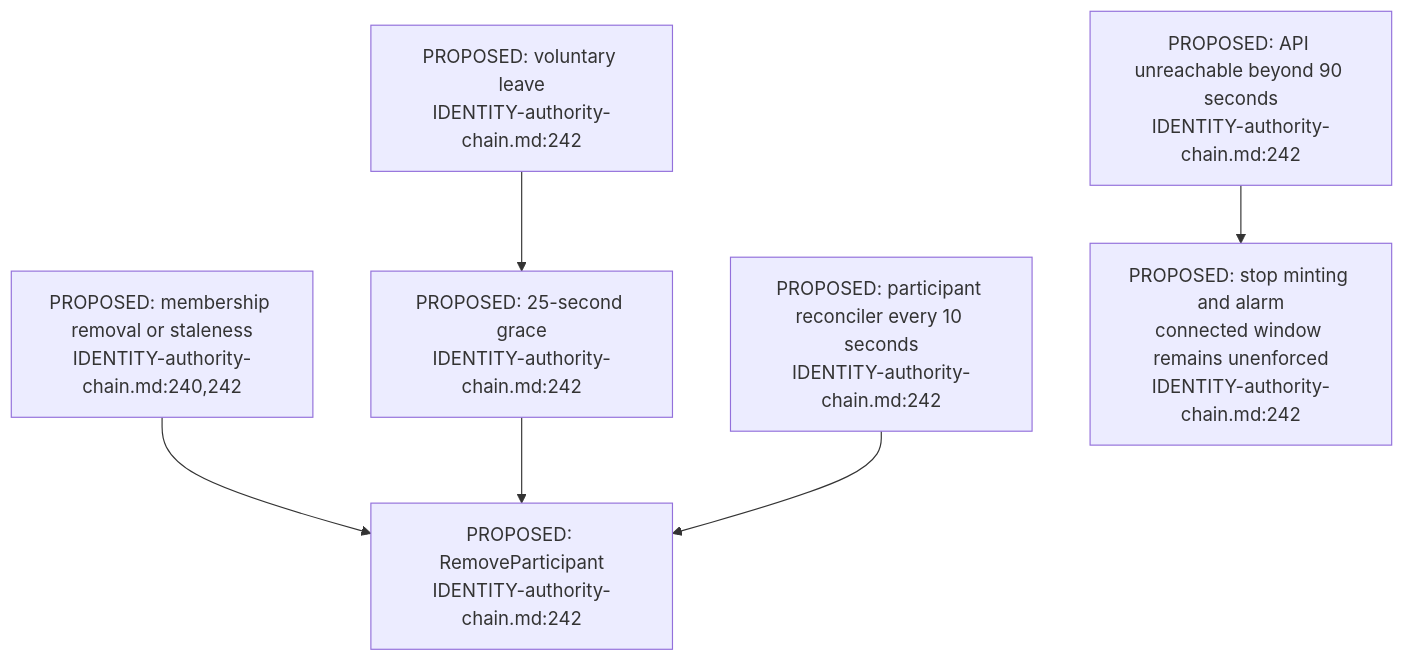
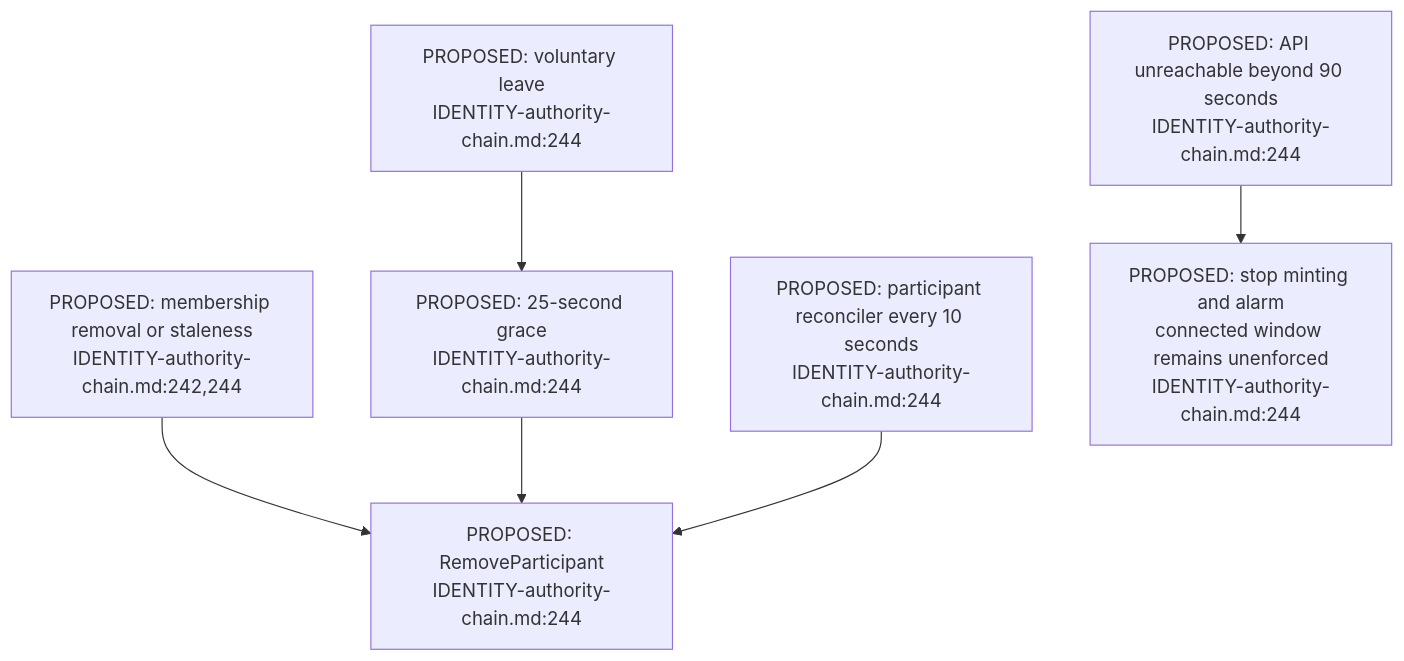
Before and after one commit to DreamLab-AI/VisionFlow: the third of 3 diagrams in docs/diagrams/visionclaw/50-deferred-space-voice.md, drawn with Mermaid. The commit also changed other lines of this file and 46 other files, not shown here.

Commit message:
docs(diagrams): re-verify VisionClaw topics at 809a859aa/a950f4d80 after the consolidation pass

````diff
--- a/docs/diagrams/visionclaw/50-deferred-space-voice.md
+++ b/docs/diagrams/visionclaw/50-deferred-space-voice.md
@@ -53,8 +53,8 @@
 ```mermaid
 flowchart TD
-    VOL["PROPOSED: voluntary leave<br/>IDENTITY-authority-chain.md:242"] --> GRACE["PROPOSED: 25-second grace<br/>IDENTITY-authority-chain.md:242"]
-    KICK["PROPOSED: membership removal or staleness<br/>IDENTITY-authority-chain.md:240,242"] --> REMOVE["PROPOSED: RemoveParticipant<br/>IDENTITY-authority-chain.md:242"]
+    VOL["PROPOSED: voluntary leave<br/>IDENTITY-authority-chain.md:244"] --> GRACE["PROPOSED: 25-second grace<br/>IDENTITY-authority-chain.md:244"]
+    KICK["PROPOSED: membership removal or staleness<br/>IDENTITY-authority-chain.md:242,244"] --> REMOVE["PROPOSED: RemoveParticipant<br/>IDENTITY-authority-chain.md:244"]
     GRACE --> REMOVE
-    LOOP["PROPOSED: participant reconciler every 10 seconds<br/>IDENTITY-authority-chain.md:242"] --> REMOVE
-    PART["PROPOSED: API unreachable beyond 90 seconds<br/>IDENTITY-authority-chain.md:242"] --> ALARM["PROPOSED: stop minting and alarm<br/>connected window remains unenforced<br/>IDENTITY-authority-chain.md:242"]
+    LOOP["PROPOSED: participant reconciler every 10 seconds<br/>IDENTITY-authority-chain.md:244"] --> REMOVE
+    PART["PROPOSED: API unreachable beyond 90 seconds<br/>IDENTITY-authority-chain.md:244"] --> ALARM["PROPOSED: stop minting and alarm<br/>connected window remains unenforced<br/>IDENTITY-authority-chain.md:244"]
 ```
````
